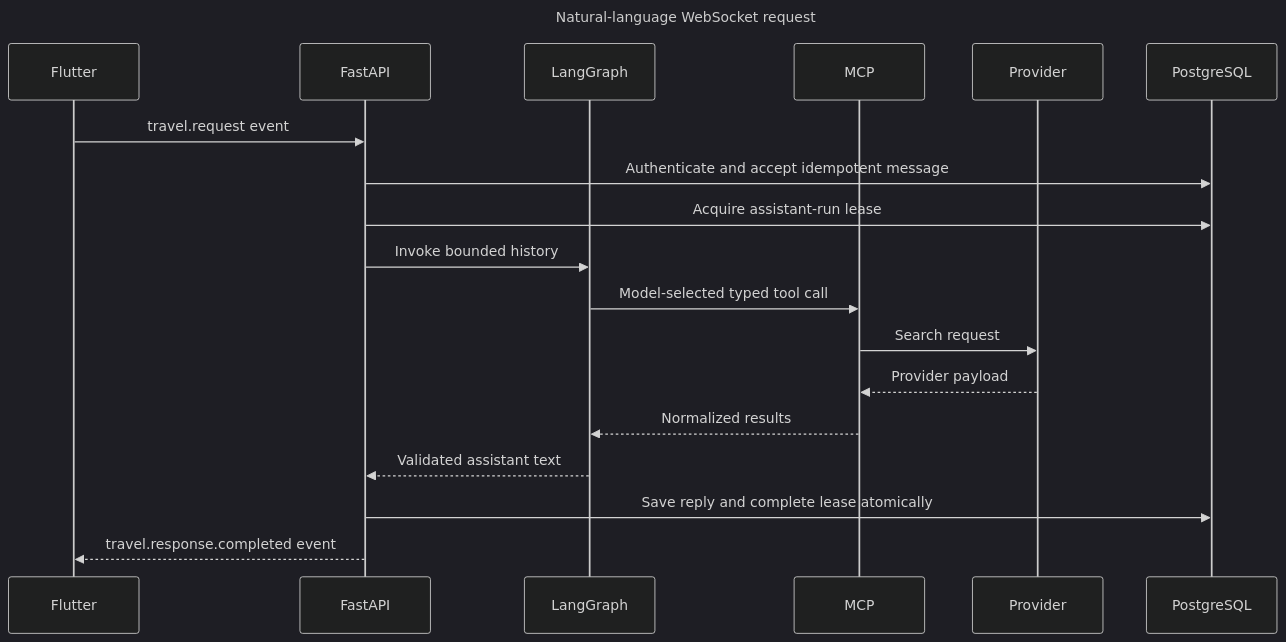
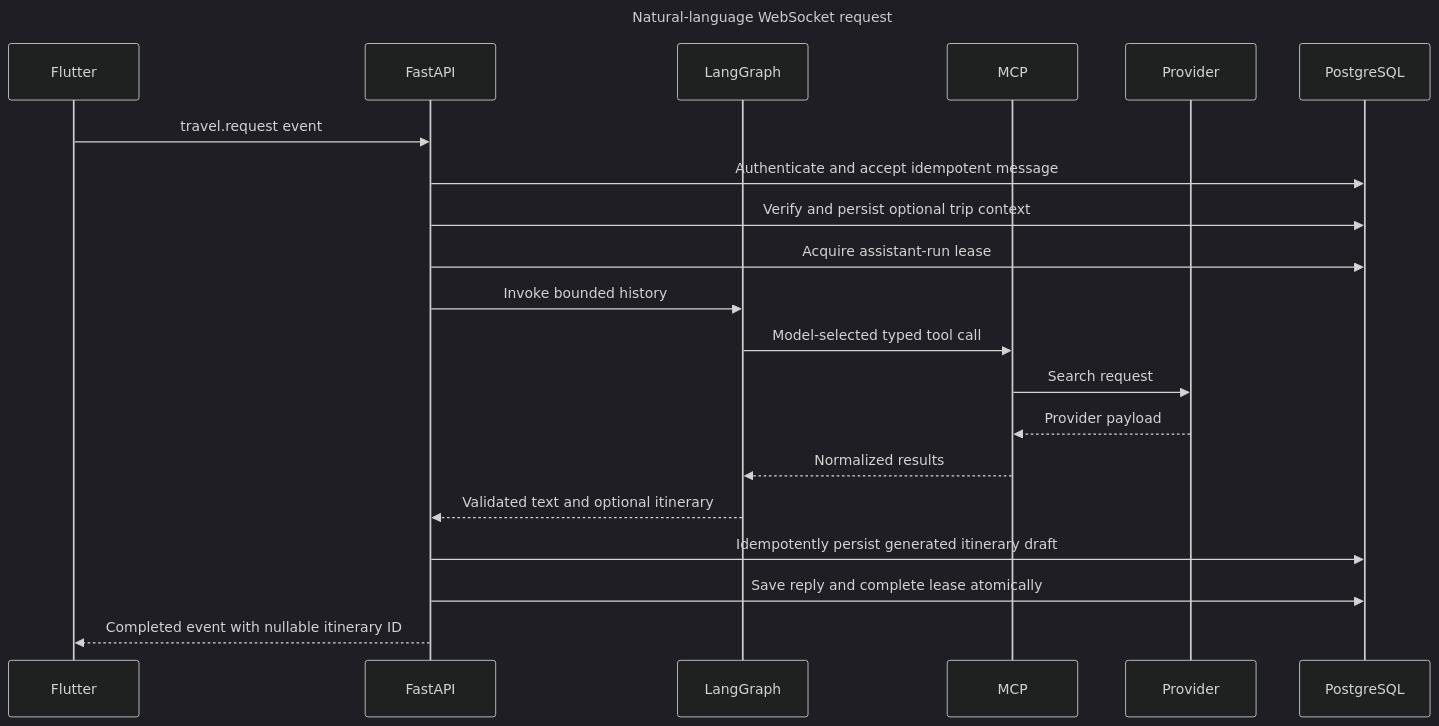
One commit to manipoint/map-server changed the second of 2 diagrams in docs/architecture.md. Above: the diagram before and after it, drawn with Mermaid (dark theme). The commit also changed other lines of this file and 99 other files, not shown here.

First line of the commit message:
Add trip-aware itinerary persistence

````diff
--- a/docs/architecture.md
+++ b/docs/architecture.md
@@ -92,22 +92,24 @@
 ```mermaid
 sequenceDiagram
     title Natural-language WebSocket request
     participant Flutter
     participant FastAPI
     participant LangGraph
     participant MCP
     participant Provider
     participant PostgreSQL
 
     Flutter->>FastAPI: travel.request event
     FastAPI->>PostgreSQL: Authenticate and accept idempotent message
+    FastAPI->>PostgreSQL: Verify and persist optional trip context
     FastAPI->>PostgreSQL: Acquire assistant-run lease
     FastAPI->>LangGraph: Invoke bounded history
     LangGraph->>MCP: Model-selected typed tool call
     MCP->>Provider: Search request
     Provider-->>MCP: Provider payload
     MCP-->>LangGraph: Normalized results
-    LangGraph-->>FastAPI: Validated assistant text
+    LangGraph-->>FastAPI: Validated text and optional itinerary
+    FastAPI->>PostgreSQL: Idempotently persist generated itinerary draft
     FastAPI->>PostgreSQL: Save reply and complete lease atomically
-    FastAPI-->>Flutter: travel.response.completed event
+    FastAPI-->>Flutter: Completed event with nullable itinerary ID
 ```
````
